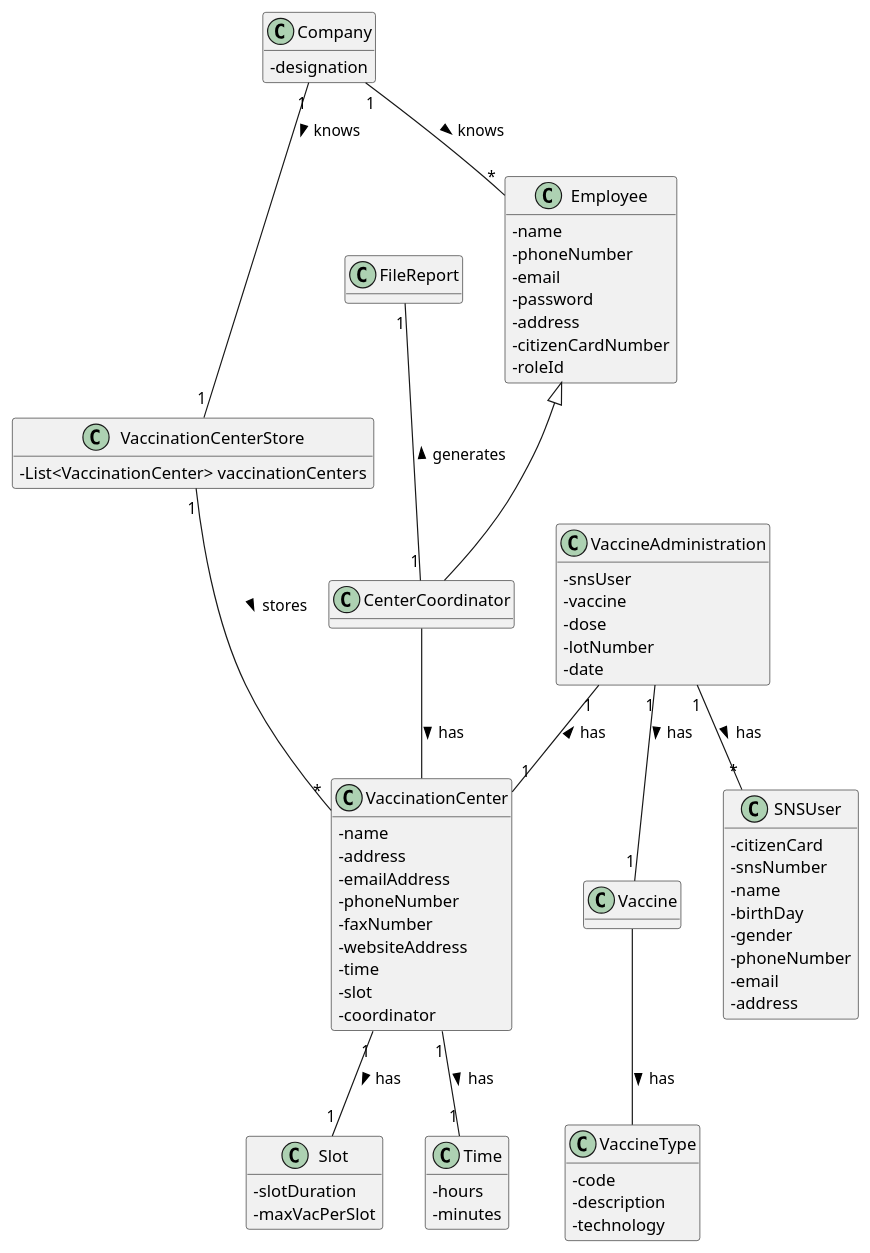
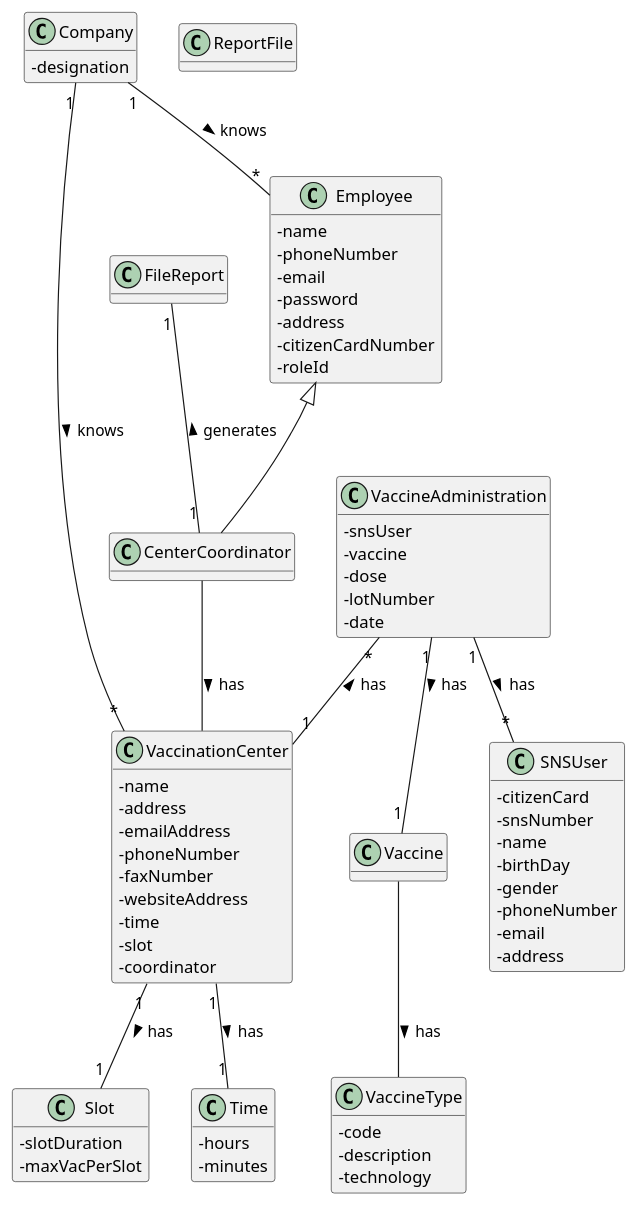
One commit to miseEnPlace-i/lapr2 changed the diagram in docs/SprintD/US15/DM/US15_DM.puml. Above: the diagram before and after it, drawn with PlantUML.

Commit message:
fix(US15): removed stores from DM

```diff
--- a/docs/SprintD/US15/DM/US15_DM.puml
+++ b/docs/SprintD/US15/DM/US15_DM.puml
@@ -1,89 +1,84 @@
 @startuml US15_DM
 hide methods
 skinparam classAttributeIconSize 0
 
 class Company {
   -designation
 }
 
 class CenterCoordinator {}
 
 class Employee {
   -name
   -phoneNumber
   -email
   -password
   -address
   -citizenCardNumber
   -roleId
 }
 
 class VaccinationCenter{
   -name
   -address
   -emailAddress
   -phoneNumber
   -faxNumber
   -websiteAddress
   -time
   -slot
   -coordinator
 }
 
-class VaccinationCenterStore {
-  -List<VaccinationCenter> vaccinationCenters
-}
-
 class Time {
   -hours
   -minutes
 }
 
 class Slot {
   -slotDuration
   -maxVacPerSlot
 }
 
 class VaccineAdministration {
   -snsUser
   -vaccine
   -dose
   -lotNumber
   -date
 }
 
 class SNSUser {
   - citizenCard
   - snsNumber
   - name
   - birthDay
   - gender
   - phoneNumber
   - email
   - address
 }
 
-class FileReport {}
+class ReportFile {}
 
 class Vaccine {}
 
 class VaccineType {
   -code 
   -description
   -technology
 }
 
 Company "1" -- "*" Employee : knows >
 Employee <|-- CenterCoordinator
 CenterCoordinator -- VaccinationCenter : has >
 VaccinationCenter "1" -- "1" Time : has >
 VaccinationCenter "1"-- "1" Slot : has >
-VaccinationCenterStore "1" -- "*" VaccinationCenter : stores >
-Company "1" -- "1" VaccinationCenterStore : knows >
 FileReport "1" -- "1" CenterCoordinator : generates <
-VaccineAdministration "1" -- "1" VaccinationCenter : has <
+VaccineAdministration "*" -- "1" VaccinationCenter : has <
 VaccineAdministration "1" -- "*" SNSUser : has >
 VaccineAdministration "1" -- "1" Vaccine : has > 
 Vaccine -- VaccineType : has >
+Company "1" -- "*" VaccinationCenter : knows >
 
 @enduml
```
